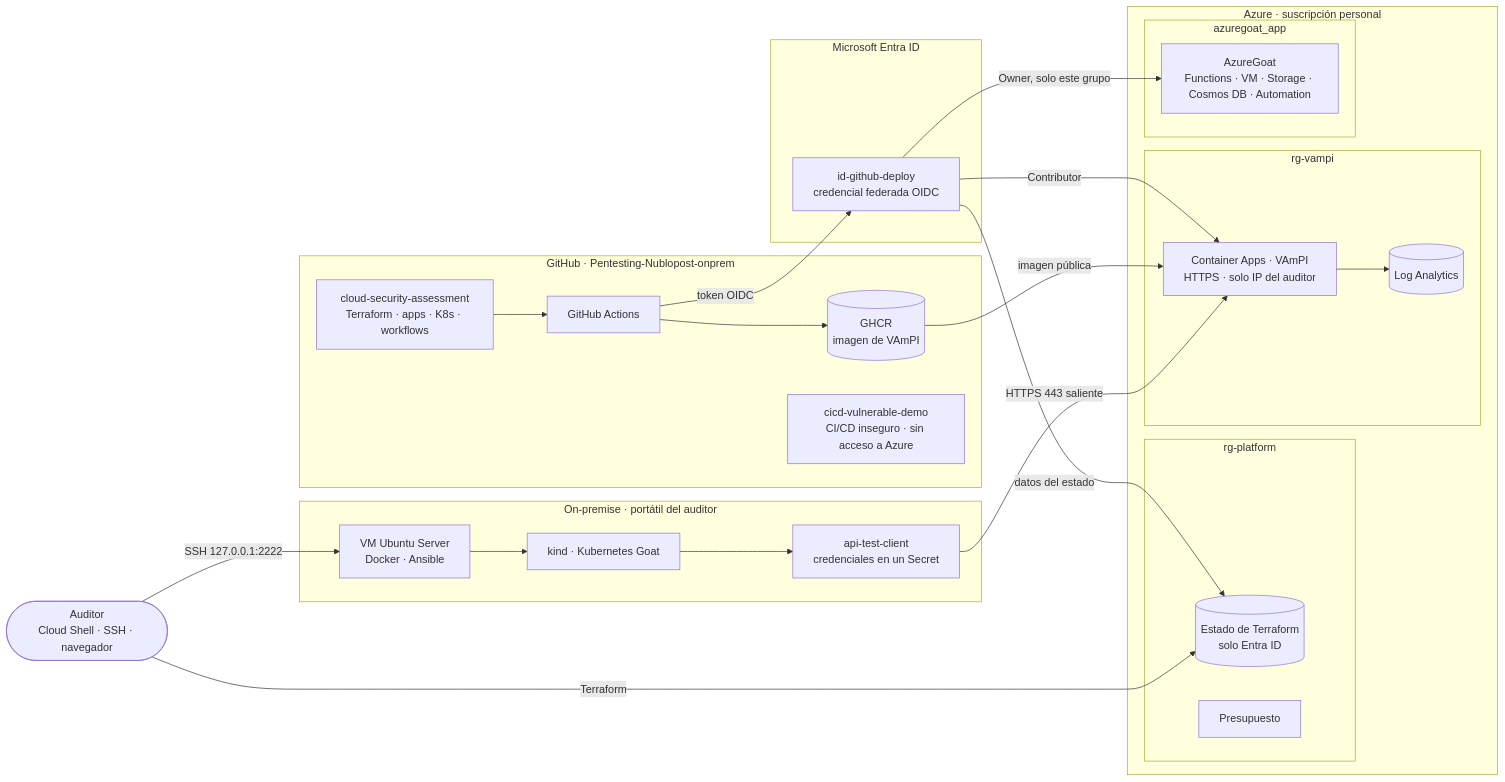
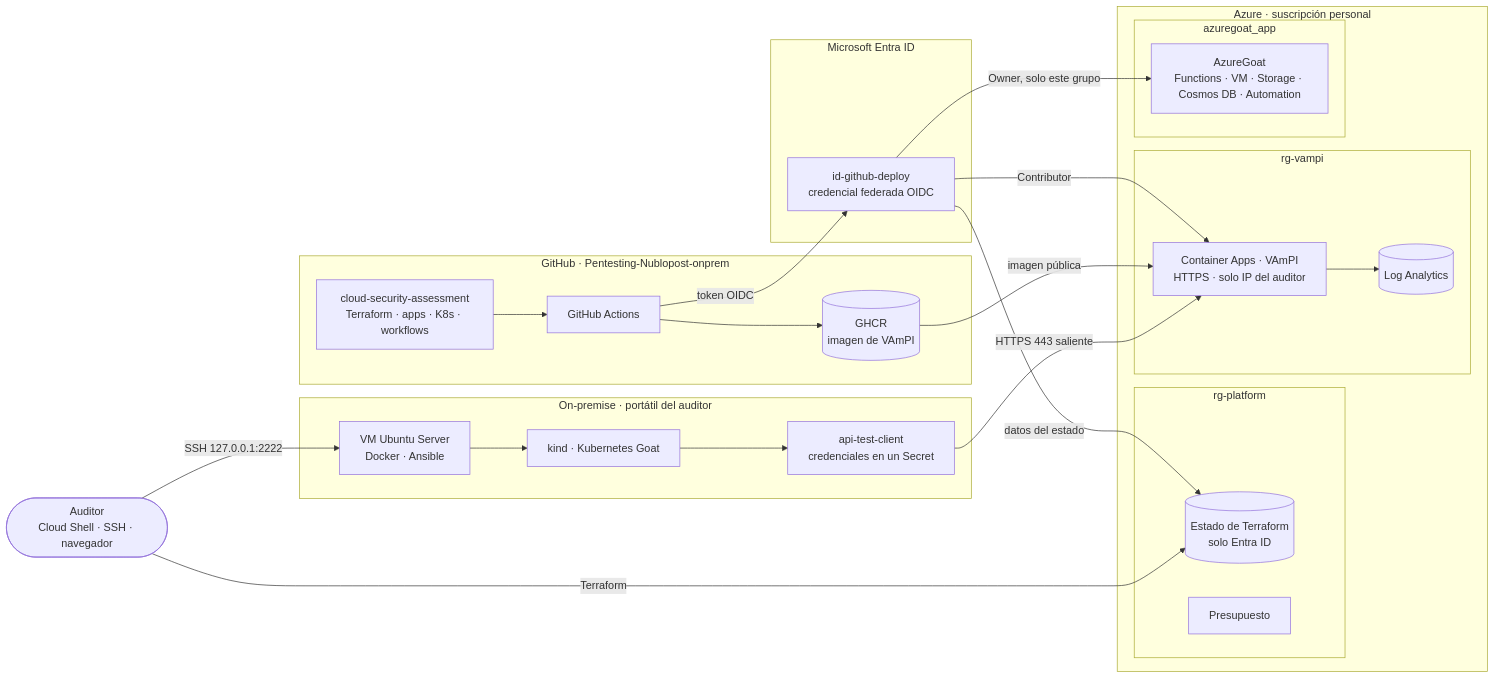
The diagram in architecture/architecture.md (Pentesting-Nublopost-onprem/cloud-security-assessment), drawn with Mermaid before and after one commit. The commit also changed other lines of this file and 3 other files, not shown here.

````diff
--- a/architecture/architecture.md
+++ b/architecture/architecture.md
@@ -7,47 +7,46 @@
 ```mermaid
 flowchart LR
   subgraph GH["GitHub · Pentesting-Nublopost-onprem"]
     REPO["cloud-security-assessment<br/>Terraform · apps · K8s · workflows"]
     ACT["GitHub Actions"]
     GHCR[("GHCR<br/>imagen de VAmPI")]
-    DEMO["cicd-vulnerable-demo<br/>CI/CD inseguro · sin acceso a Azure"]
     REPO --> ACT --> GHCR
   end
 
   subgraph ENTRA["Microsoft Entra ID"]
     ID["id-github-deploy<br/>credencial federada OIDC"]
   end
 
   subgraph AZ["Azure · suscripción personal"]
     subgraph PLAT["rg-platform"]
       ST[("Estado de Terraform<br/>solo Entra ID")]
       BUD["Presupuesto"]
     end
     subgraph VR["rg-vampi"]
       ACA["Container Apps · VAmPI<br/>HTTPS · solo IP del auditor"]
       LAW[("Log Analytics")]
     end
     subgraph AGR["azuregoat_app"]
       AG["AzureGoat<br/>Functions · VM · Storage · Cosmos DB · Automation"]
     end
   end
 
   subgraph ONP["On-premise · portátil del auditor"]
     VM["VM Ubuntu Server<br/>Docker · Ansible"]
     K8S["kind · Kubernetes Goat"]
     CLI["api-test-client<br/>credenciales en un Secret"]
     VM --> K8S --> CLI
   end
 
   OP(["Auditor<br/>Cloud Shell · SSH · navegador"])
 
   ACT -- "token OIDC" --> ID
   ID -- "Contributor" --> ACA
   ID -- "Owner, solo este grupo" --> AG
   ID -- "datos del estado" --> ST
   GHCR -- "imagen pública" --> ACA
   CLI -- "HTTPS 443 saliente" --> ACA
   ACA --> LAW
   OP -- "Terraform" --> ST
   OP -- "SSH 127.0.0.1:2222" --> VM
 ```
````
